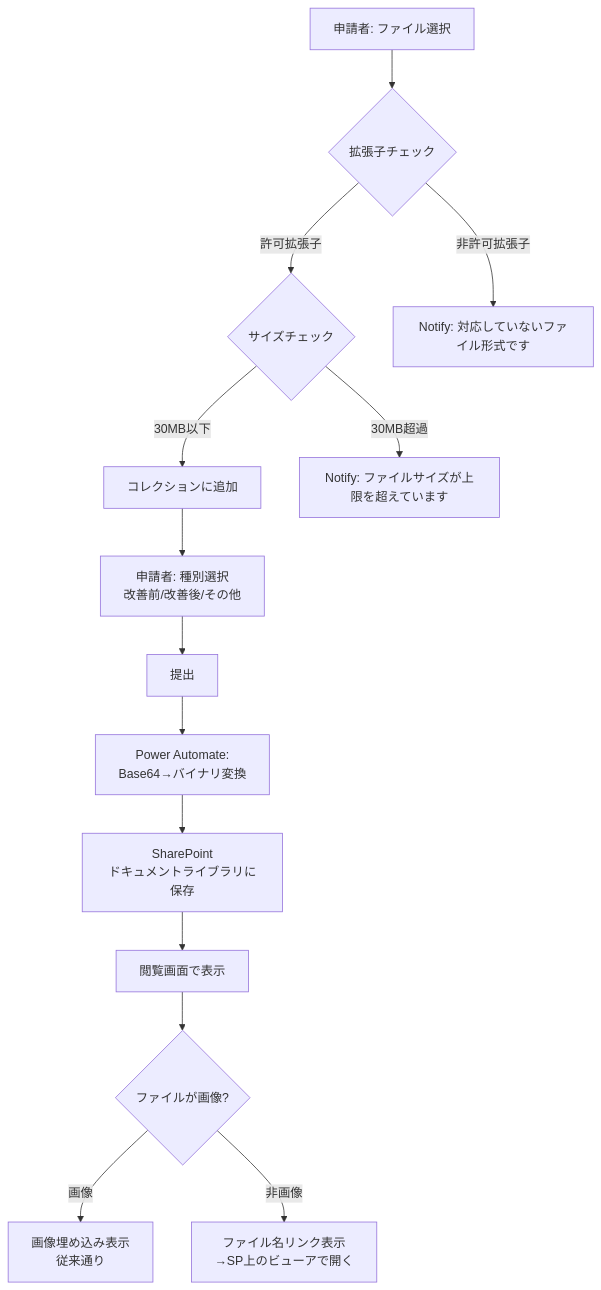
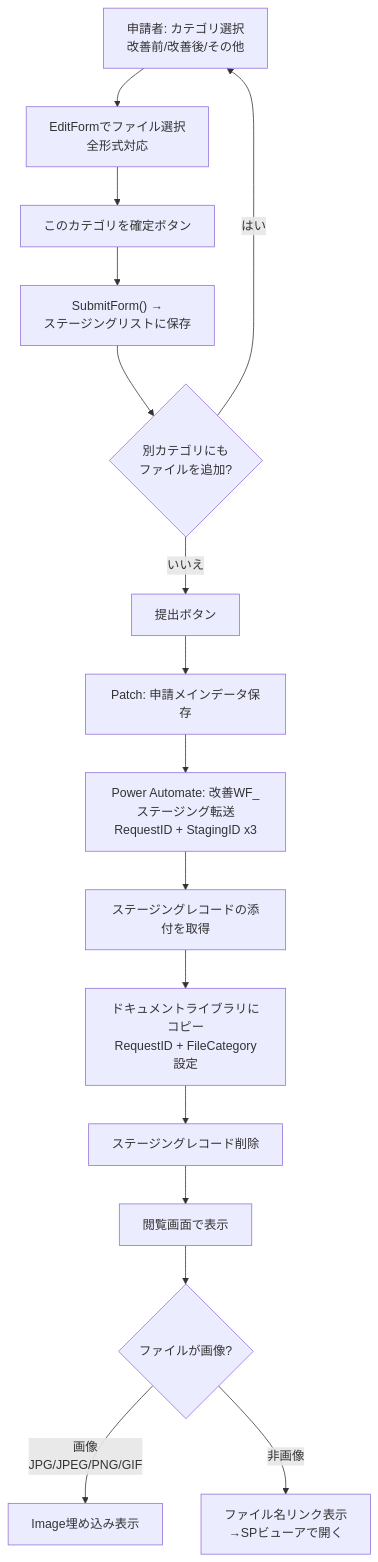
Before and after one commit to masa03/pf_kaizen-wf: the first of 2 diagrams in docs/changes/v2-file-format/proposal.md, drawn with Mermaid. The commit also changed other lines of this file and 9 other files, not shown here.

````diff
--- a/docs/changes/v2-file-format/proposal.md
+++ b/docs/changes/v2-file-format/proposal.md
@@ -60,16 +77,18 @@
 ```mermaid
 flowchart TD
-    A[申請者: ファイル選択] --> B{拡張子チェック}
-    B -->|許可拡張子| C{サイズチェック}
-    B -->|非許可拡張子| D["Notify: 対応していないファイル形式です"]
-    C -->|30MB以下| E[コレクションに追加]
-    C -->|30MB超過| F["Notify: ファイルサイズが上限を超えています"]
-    E --> G[申請者: 種別選択<br>改善前/改善後/その他]
-    G --> H[提出]
-    H --> I[Power Automate:<br>Base64→バイナリ変換]
-    I --> J[SharePoint<br>ドキュメントライブラリに保存]
-    J --> K[閲覧画面で表示]
-    K --> L{ファイルが画像?}
-    L -->|画像| M[画像埋め込み表示<br>従来通り]
-    L -->|非画像| N["ファイル名リンク表示<br>→SP上のビューアで開く"]
+    A[申請者: カテゴリ選択<br>改善前/改善後/その他] --> B[EditFormでファイル選択<br>全形式対応]
+    B --> C[このカテゴリを確定ボタン]
+    C --> D["SubmitForm() →<br>ステージングリストに保存"]
+    D --> E{別カテゴリにも<br>ファイルを追加?}
+    E -->|はい| A
+    E -->|いいえ| F[提出ボタン]
+    F --> G[Patch: 申請メインデータ保存]
+    G --> H["Power Automate: 改善WF_ステージング転送<br>RequestID + StagingID x3"]
+    H --> I[ステージングレコードの添付を取得]
+    I --> J[ドキュメントライブラリにコピー<br>RequestID + FileCategory設定]
+    J --> K[ステージングレコード削除]
+    K --> L[閲覧画面で表示]
+    L --> M{ファイルが画像?}
+    M -->|画像<br>JPG/JPEG/PNG/GIF| N[Image埋め込み表示]
+    M -->|非画像| O["ファイル名リンク表示<br>→SPビューアで開く"]
 ```
````
